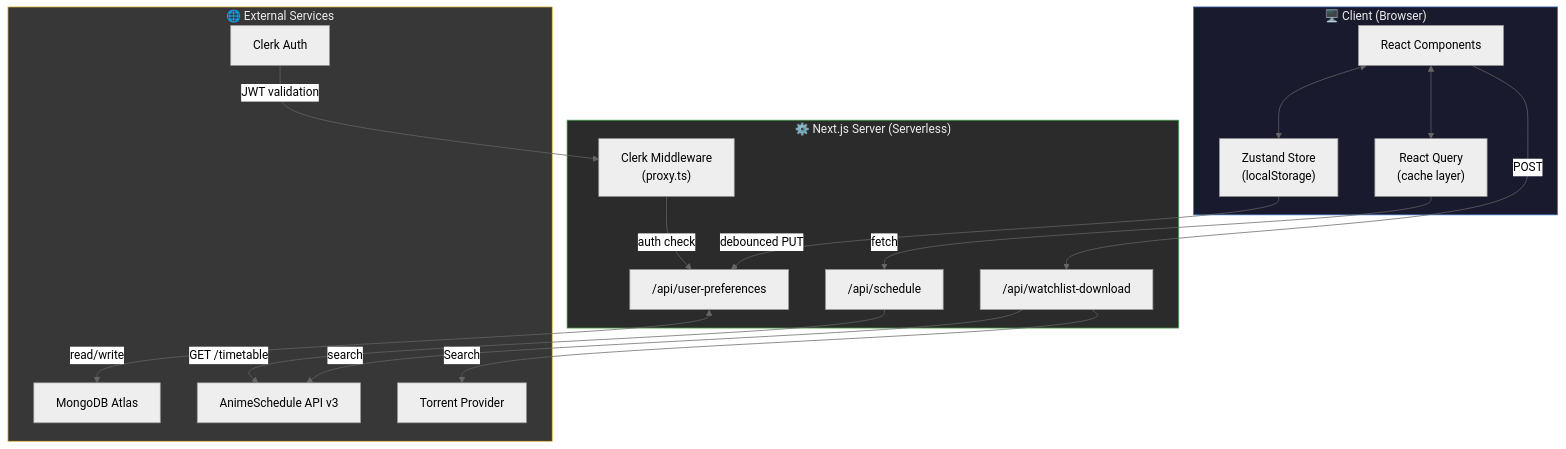
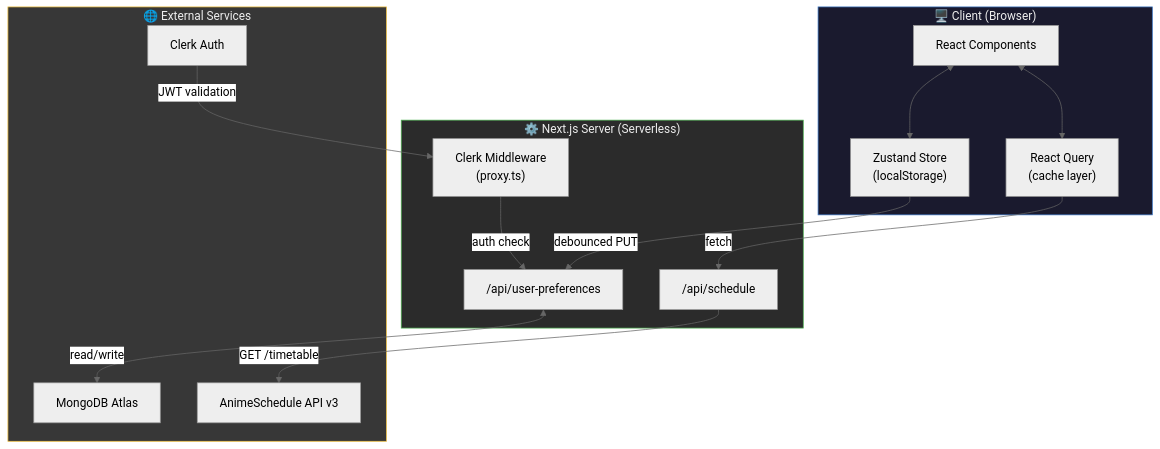
Before and after one commit to bijudamian/Anime_Schdule: the first of 3 diagrams in README.md, drawn with Mermaid (neutral theme). The commit also changed other lines of this file, not shown here.

Commit message:
docs: remove references to torrent downloads from README

````diff
--- a/README.md
+++ b/README.md
@@ -38,39 +37,34 @@
 ```mermaid
 graph TB
     subgraph Client["🖥️ Client (Browser)"]
         UI["React Components"]
         ZS["Zustand Store<br/>(localStorage)"]
         RQ["React Query<br/>(cache layer)"]
     end
 
     subgraph Server["⚙️ Next.js Server (Serverless)"]
         MW["Clerk Middleware<br/>(proxy.ts)"]
         API_S["/api/schedule"]
         API_U["/api/user-preferences"]
-        API_D["/api/watchlist-download"]
     end
 
     subgraph External["🌐 External Services"]
         AS["AnimeSchedule API v3"]
         MDB["MongoDB Atlas"]
         CK["Clerk Auth"]
-        NY["Torrent Provider"]
     end
 
     UI <--> ZS
     UI <--> RQ
     RQ -->|fetch| API_S
     ZS -->|debounced PUT| API_U
-    UI -->|POST| API_D
 
     MW -->|auth check| API_U
     API_S -->|GET /timetable| AS
     API_U <-->|read/write| MDB
-    API_D -->|search| AS
-    API_D -->|Search| NY
     CK -->|JWT validation| MW
 
     style Client fill:#1a1a2e,color:#ededed,stroke:#3A75C4
     style Server fill:#2b2b2b,color:#ededed,stroke:#4caf50
     style External fill:#373737,color:#ededed,stroke:#f0c040
 ```
````
